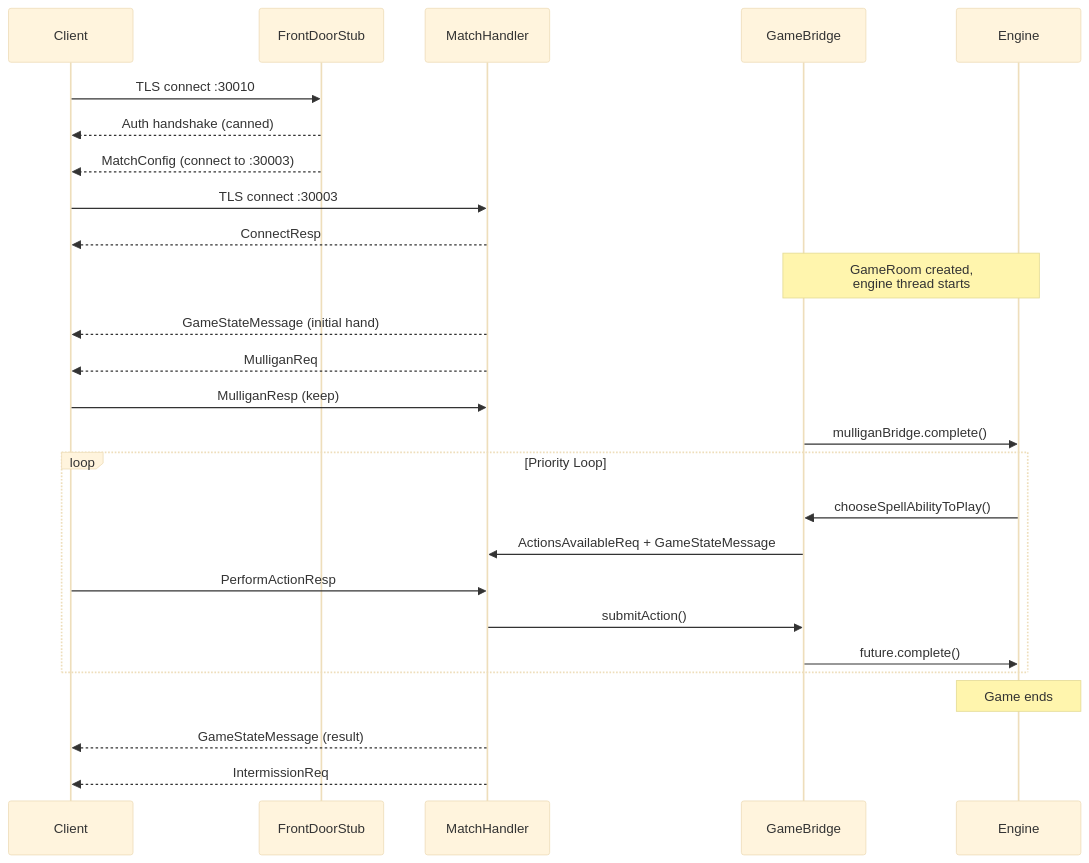
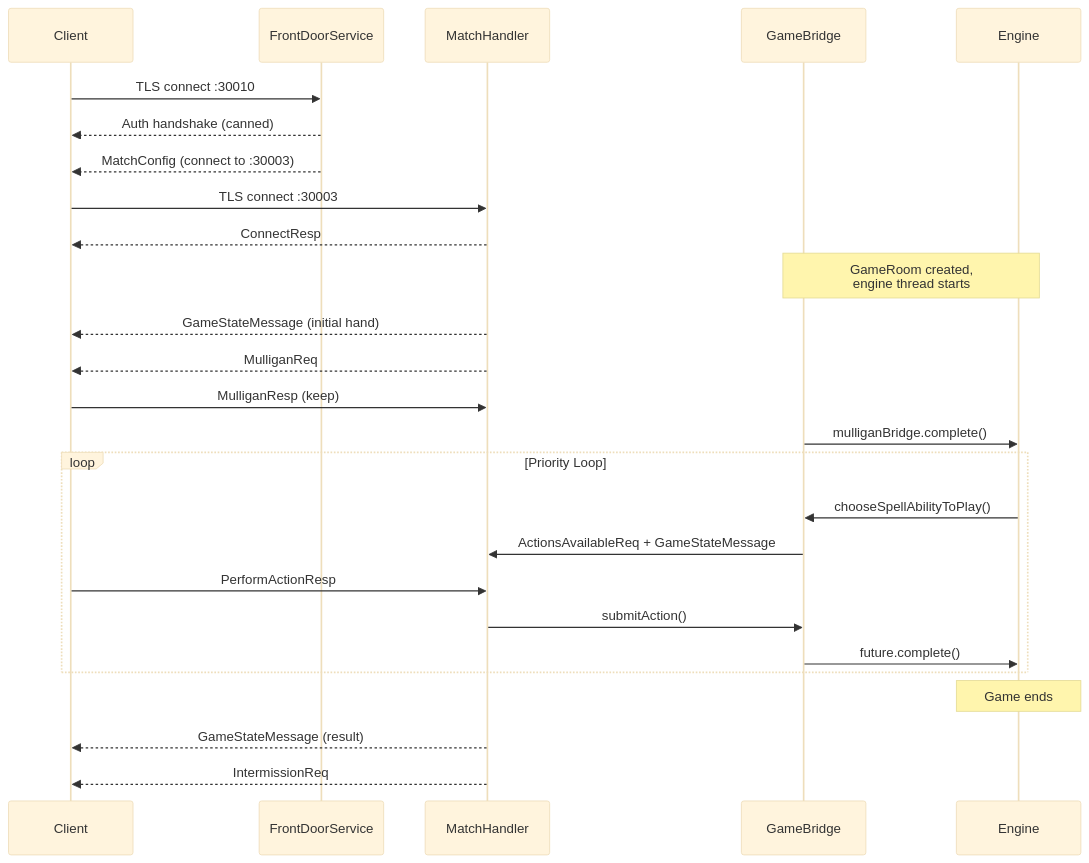
The fourth of 4 diagrams in docs/architecture.md (delebedev/leyline), drawn with Mermaid (base theme) before and after one commit. The commit also changed other lines of this file and 38 other files, not shown here.

First line of the commit message:
feat(nexus): Front Door stub — fully offline lobby → bot match (#177)

````diff
--- a/docs/architecture.md
+++ b/docs/architecture.md
@@ -171,35 +171,35 @@
 ```mermaid
 sequenceDiagram
     participant C as Client
-    participant FD as FrontDoorStub
+    participant FD as FrontDoorService
     participant MH as MatchHandler
     participant GB as GameBridge
     participant ENG as Engine
 
     C->>FD: TLS connect :30010
     FD-->>C: Auth handshake (canned)
     FD-->>C: MatchConfig (connect to :30003)
 
     C->>MH: TLS connect :30003
     MH-->>C: ConnectResp
 
     Note over GB,ENG: GameRoom created,<br/>engine thread starts
 
     MH-->>C: GameStateMessage (initial hand)
     MH-->>C: MulliganReq
 
     C->>MH: MulliganResp (keep)
     GB->>ENG: mulliganBridge.complete()
 
     loop Priority Loop
         ENG->>GB: chooseSpellAbilityToPlay()
         GB->>MH: ActionsAvailableReq + GameStateMessage
         C->>MH: PerformActionResp
         MH->>GB: submitAction()
         GB->>ENG: future.complete()
     end
 
     Note over ENG: Game ends
     MH-->>C: GameStateMessage (result)
     MH-->>C: IntermissionReq
 ```
````
